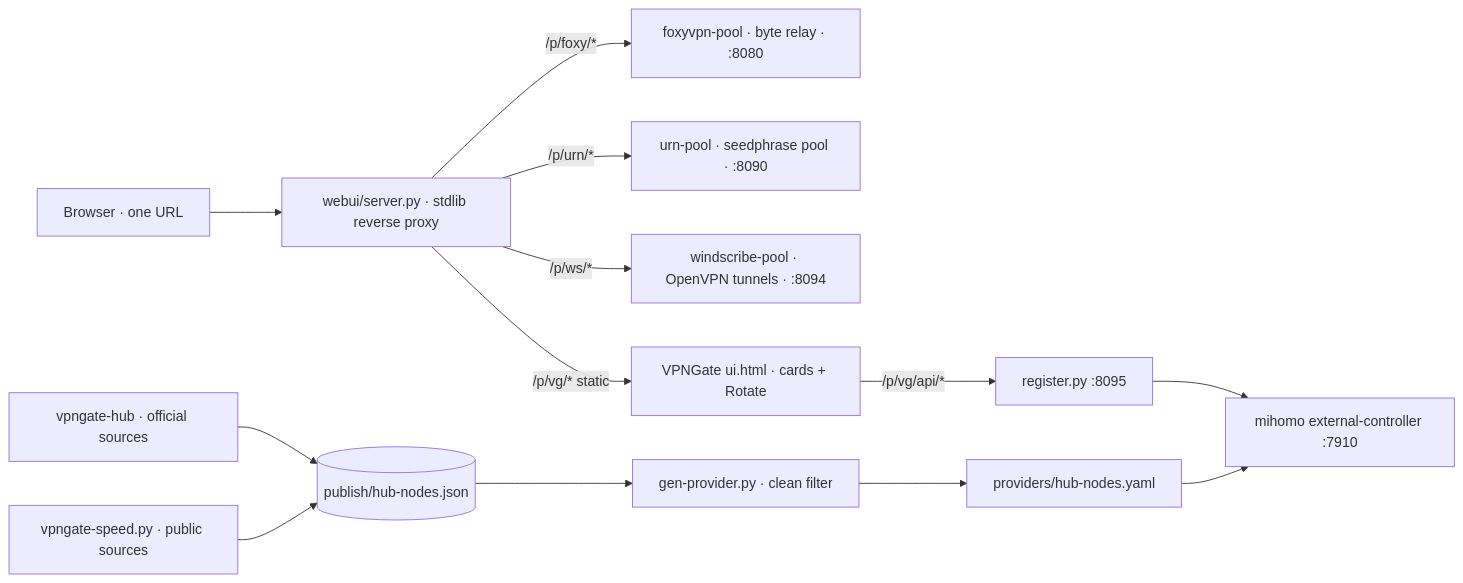
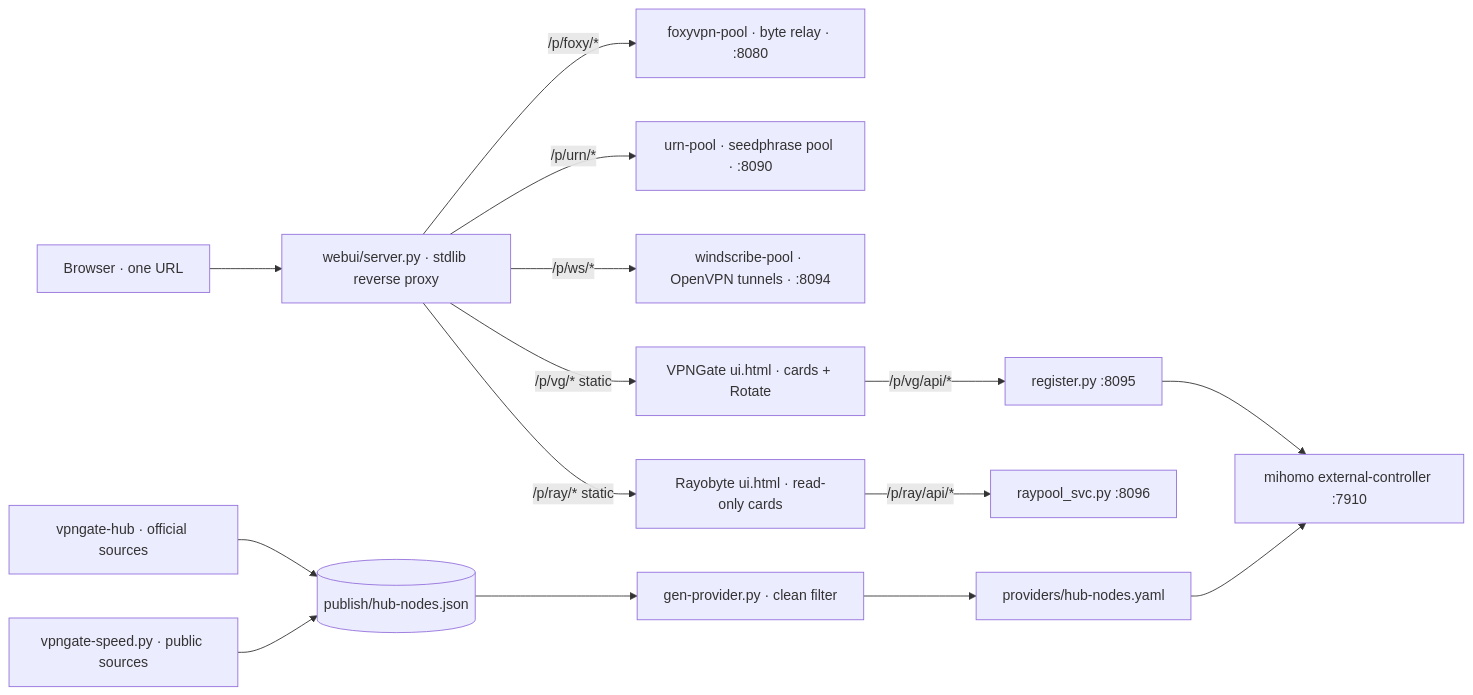
One commit to anton1615/proxy-pool-collection changed the diagram in README.md. Above: the diagram before and after it, drawn with Mermaid. The commit also changed other lines of this file and 9 other files, not shown here.

````diff
--- a/README.md
+++ b/README.md
@@ -72,15 +72,17 @@
 ```mermaid
 flowchart LR
   B[Browser · one URL] --> S[webui/server.py · stdlib reverse proxy]
   S -->|/p/foxy/*| F[foxyvpn-pool · byte relay · :8080]
   S -->|/p/urn/*| U[urn-pool · seedphrase pool · :8090]
   S -->|/p/ws/*| W[windscribe-pool · OpenVPN tunnels · :8094]
   S -->|/p/vg/* static| V[VPNGate ui.html · cards + Rotate]
   V -->|/p/vg/api/*| R[register.py :8095]
+  S -->|/p/ray/* static| Y[Rayobyte ui.html · read-only cards]
+  Y -->|/p/ray/api/*| RP[raypool_svc.py :8096]
   R --> C[mihomo external-controller :7910]
   H[vpngate-hub · official sources] --> J[(publish/hub-nodes.json)]
   J --> G[gen-provider.py · clean filter]
   G --> P[providers/hub-nodes.yaml]
   P --> C
   D[vpngate-speed.py · public sources] --> J
 ```
````
